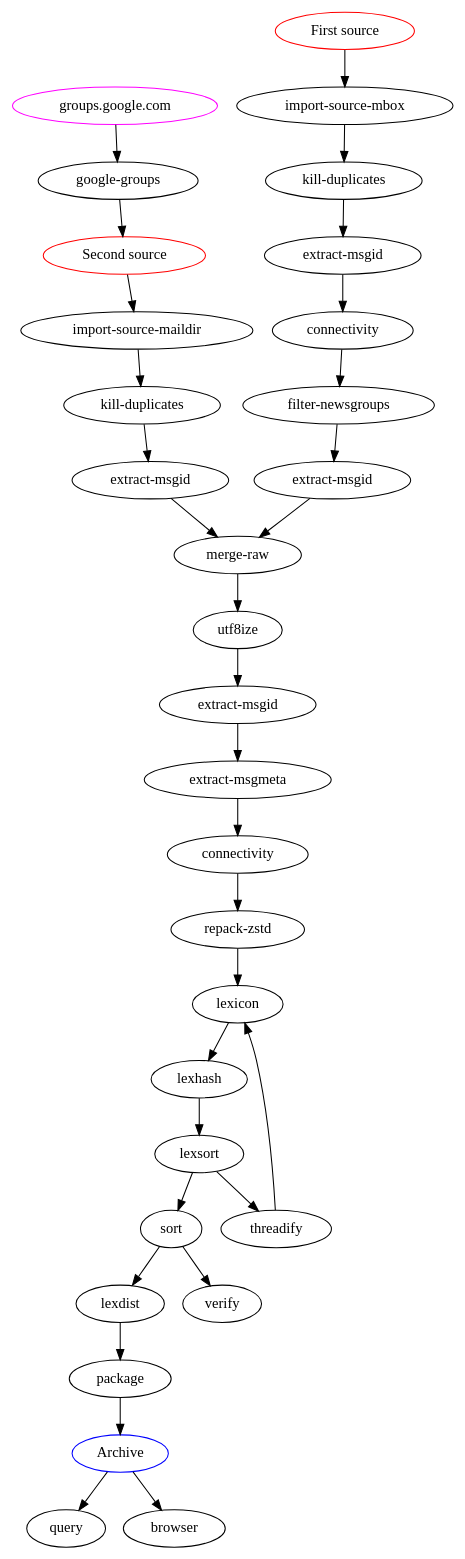
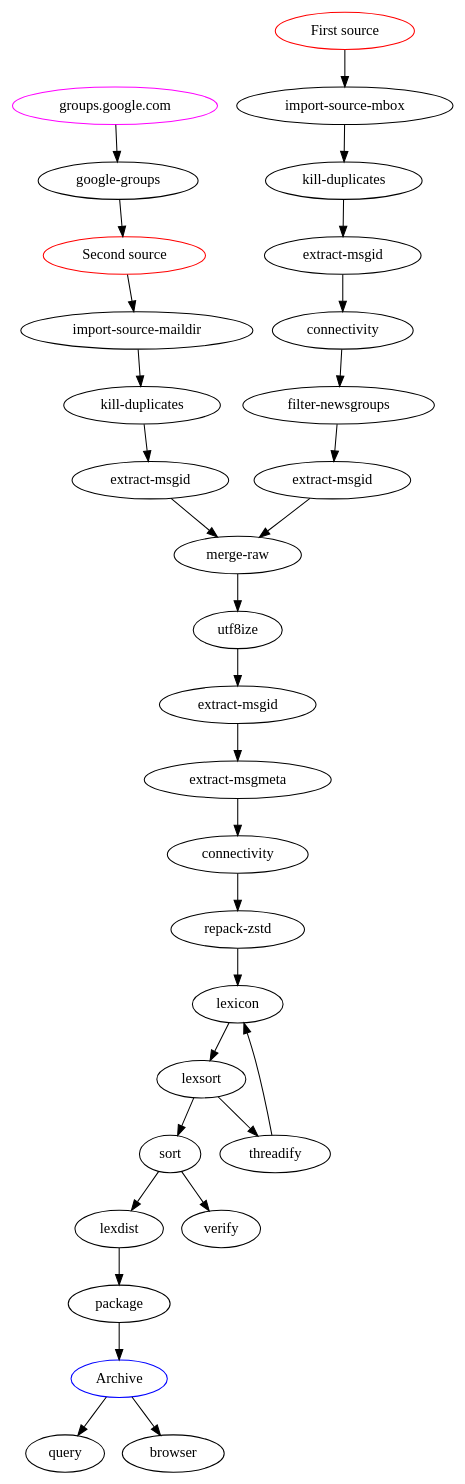
One commit to wolfpld/usenetarchive changed the diagram in doc/pipeline.dot. Above: the diagram before and after it, drawn with Graphviz. The commit also changed 19 other files, not shown here.

First line of the commit message:
Integrate lexhash with lexicon.

```diff
--- a/doc/pipeline.dot
+++ b/doc/pipeline.dot
@@ -1,57 +1,56 @@
 digraph
 {
     ggsrc[label="groups.google.com", color=magenta];
     gg[label="google-groups"];
 
     src1[label="First source", color=red];
     src2[label="Second source", color=red];
     dst1[label="Archive", color=blue];
 
     mbox[label="import-source-mbox"];
     maildir[label="import-source-maildir"];
 
     kill1[label="kill-duplicates"];
     kill2[label="kill-duplicates"];
 
     msgid1[label="extract-msgid"];
     msgid2[label="extract-msgid"];
     msgid3[label="extract-msgid"];
     msgid4[label="extract-msgid"];
     conn2[label="connectivity"];
 
     filter[label="filter-newsgroups"];
     merge[label="merge-raw"];
     msgmeta[label="extract-msgmeta"];
     repack[label="repack-zstd"];
 
     ggsrc -> gg;
     gg -> src2;
     src1 -> mbox;
     src2 -> maildir;
     mbox -> kill1;
     maildir -> kill2;
     kill1 -> msgid4;
     msgid4 -> conn2;
     conn2 -> filter;
     filter -> msgid1;
     kill2 -> msgid2;
     msgid1 -> merge;
     msgid2 -> merge;
     merge -> utf8ize;
     utf8ize -> msgid3;
     msgid3 -> msgmeta;
     msgmeta -> connectivity;
     connectivity -> repack;
     repack -> lexicon;
-    lexicon -> lexhash;
-    lexhash -> lexsort;
+    lexicon -> lexsort;
     lexsort -> sort;
     sort -> lexdist;
     sort -> verify;
     lexdist -> package;
     package -> dst1;
     dst1 -> query;
     dst1 -> browser;
     lexsort -> threadify;
     threadify -> lexicon;
 }
```
